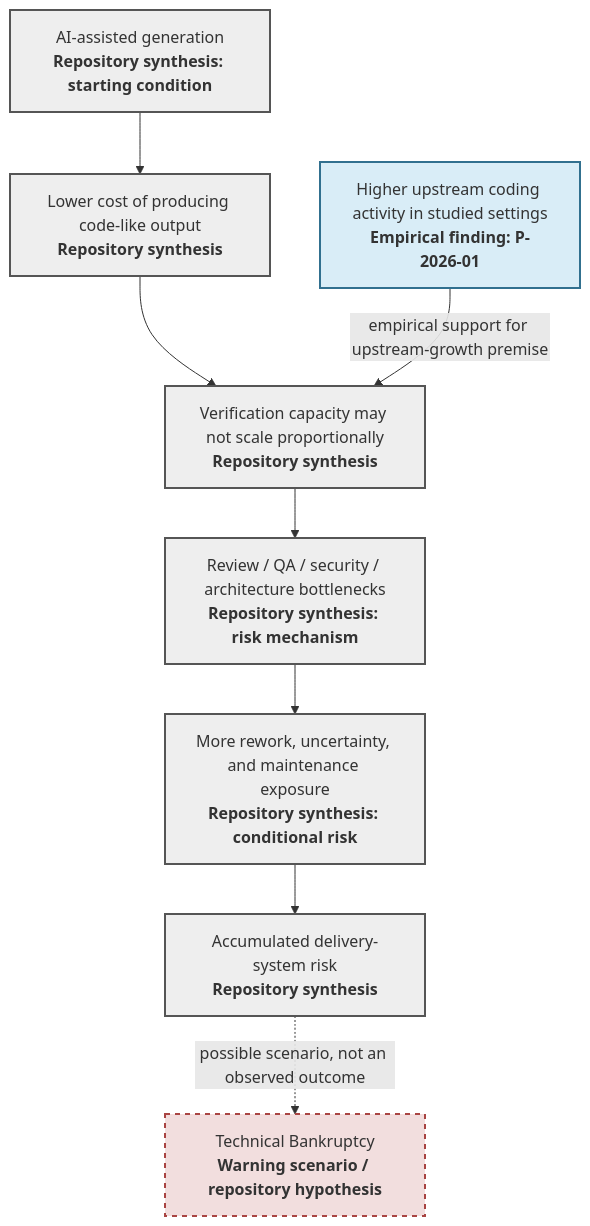
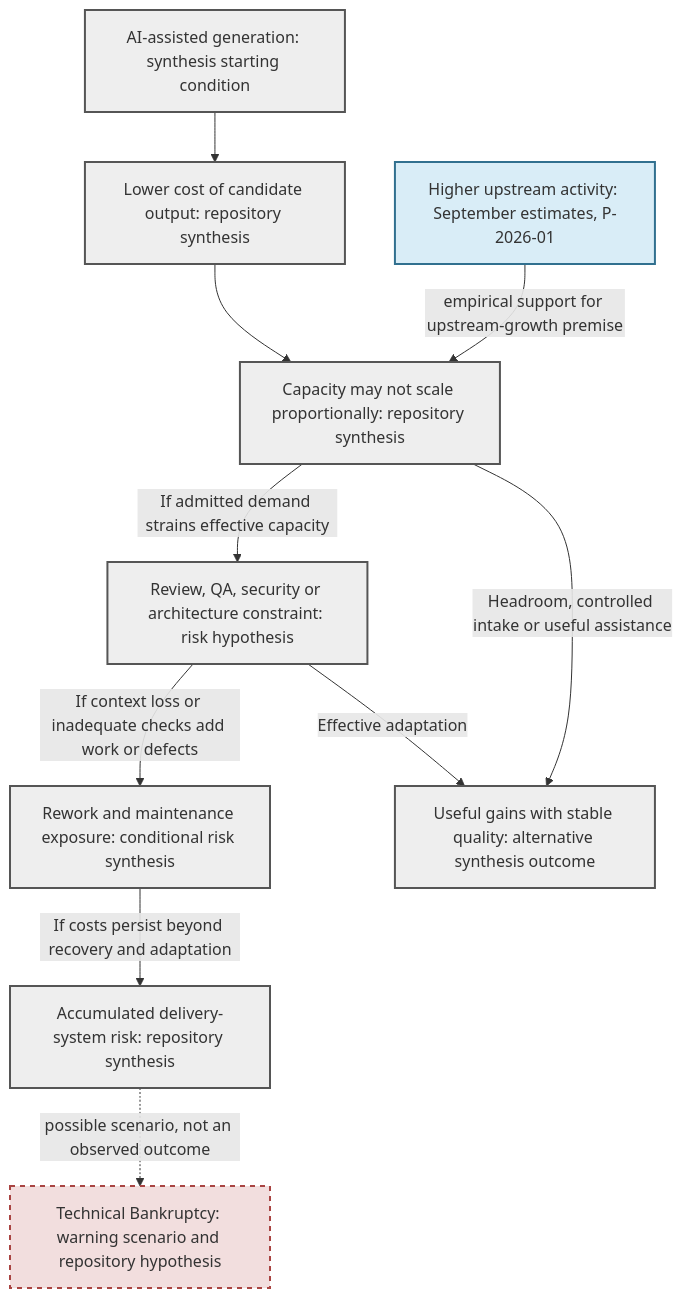
One commit to UncertaintyArchitectureGroup/The-Subprime-Code-Crisis changed the diagram in README.md. Above: the diagram before and after it, drawn with Mermaid. The commit also changed other lines of this file and 20 other files, not shown here.

First line of the commit message:
Review revised evidence and conditional delivery mechanism (#80)

````diff
--- a/README.md
+++ b/README.md
@@ -86,25 +86,29 @@
 ```mermaid
 flowchart TD
     classDef empirical fill:#d9edf7,stroke:#31708f,stroke-width:2px;
     classDef synthesis fill:#eeeeee,stroke:#555,stroke-width:2px;
     classDef scenario fill:#f2dede,stroke:#a94442,stroke-width:2px,stroke-dasharray: 5 5;
 
-    A[AI-assisted generation<br/><b>Repository synthesis: starting condition</b>]
-    B[Lower cost of producing code-like output<br/><b>Repository synthesis</b>]
-    C[Higher upstream coding activity in studied settings<br/><b>Empirical finding: P-2026-01</b>]
-    D[Verification capacity may not scale proportionally<br/><b>Repository synthesis</b>]
-    E[Review / QA / security / architecture bottlenecks<br/><b>Repository synthesis: risk mechanism</b>]
-    F[More rework, uncertainty, and maintenance exposure<br/><b>Repository synthesis: conditional risk</b>]
-    G[Accumulated delivery-system risk<br/><b>Repository synthesis</b>]
-    H[Technical Bankruptcy<br/><b>Warning scenario / repository hypothesis</b>]
+    A["AI-assisted generation: synthesis starting condition"]
+    B["Lower cost of candidate output: repository synthesis"]
+    C["Higher upstream activity: September estimates, P-2026-01"]
+    D["Capacity may not scale proportionally: repository synthesis"]
+    E["Review, QA, security or architecture constraint: risk hypothesis"]
+    F["Rework and maintenance exposure: conditional risk synthesis"]
+    G["Accumulated delivery-system risk: repository synthesis"]
+    H["Technical Bankruptcy: warning scenario and repository hypothesis"]
 
     A --> B
     B --> D
     C -->|empirical support for upstream-growth premise| D
-    D --> E --> F --> G
+    D -->|If admitted demand strains effective capacity| E
+    E -->|"If context loss or inadequate checks add work or defects"| F
+    F -->|"If costs persist beyond recovery and adaptation"| G
+    E -->|"Effective adaptation"| I
+    D -->|Headroom, controlled intake or useful assistance| I["Useful gains with stable quality: alternative synthesis outcome"]
     G -. possible scenario, not an observed outcome .-> H
 
     class C empirical;
-    class A,B,D,E,F,G synthesis;
+    class A,B,D,E,F,G,I synthesis;
     class H scenario;
 ```
````
